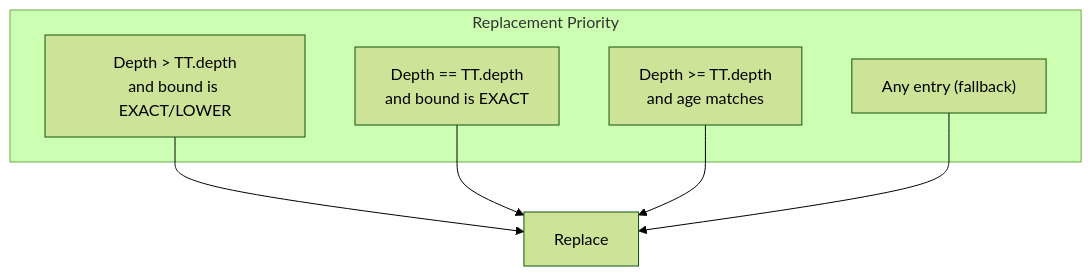
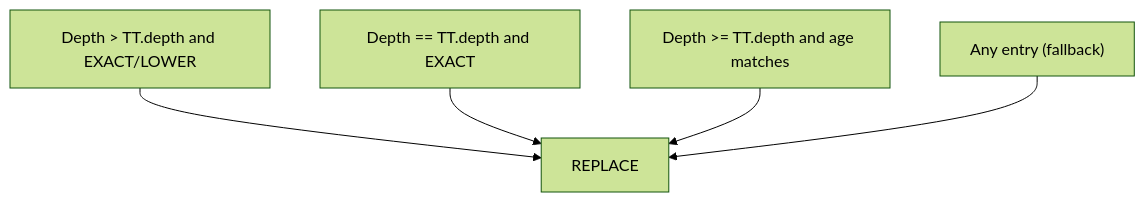
The fourth of 6 diagrams in memory/SEARCH.md (fgantt/yse), drawn with Mermaid (forest theme) before and after one commit. The commit also changed other lines of this file, not shown here.

Commit message:
Simplify Mermaid diagrams in SEARCH.md for GitHub rendering

````diff
--- a/memory/SEARCH.md
+++ b/memory/SEARCH.md
@@ -180,14 +118,7 @@
 ```mermaid
 flowchart TD
-    subgraph "Replacement Priority"
-        A["Depth > TT.depth<br/>and bound is EXACT/LOWER"]
-        B["Depth == TT.depth<br/>and bound is EXACT"]
-        C["Depth >= TT.depth<br/>and age matches"]
-        D["Any entry (fallback)"]
-    end
-    
-    A --> REPLACE["Replace"]
-    B --> REPLACE
-    C --> REPLACE
-    D --> REPLACE
+    A["Depth > TT.depth and EXACT/LOWER"] --> REPLACE
+    B["Depth == TT.depth and EXACT"] --> REPLACE
+    C["Depth >= TT.depth and age matches"] --> REPLACE
+    D["Any entry (fallback)"] --> REPLACE
 ```
````
